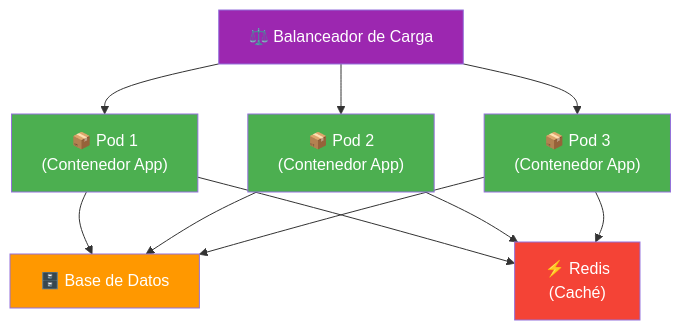
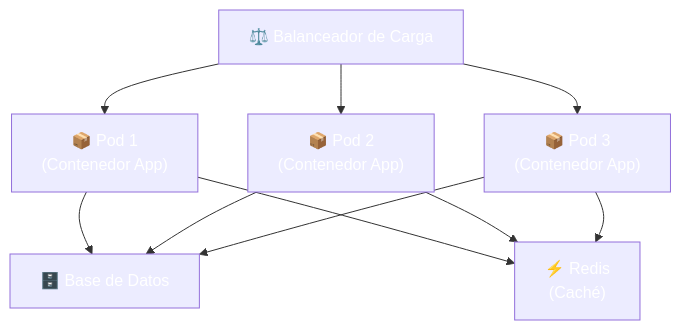
The fifth of 7 diagrams in 09-despliegue.md (joseluisgs/DesarrolloWebEntornosServidor-01-2026-2027), drawn with Mermaid before and after one commit. The commit also changed other lines of this file and 66 other files, not shown here.

First line of the commit message:
fix: normalizar titulos al castellano de frase y corregir la paleta de mermaid

````diff
--- a/09-despliegue.md
+++ b/09-despliegue.md
@@ -280,19 +280,19 @@
 ```mermaid
 graph TD
     LB["⚖️ Balanceador de Carga"] --> P1["📦 Pod 1<br/>(Contenedor App)"]
     LB --> P2["📦 Pod 2<br/>(Contenedor App)"]
     LB --> P3["📦 Pod 3<br/>(Contenedor App)"]
     P1 --> DB["🗄️ Base de Datos"]
     P2 --> DB
     P3 --> DB
     P1 --> C["⚡ Redis<br/>(Caché)"]
     P2 --> C
     P3 --> C
 
-    style LB fill:#9C27B0,color:#fff
-    style P1 fill:#4CAF50,color:#fff
-    style P2 fill:#4CAF50,color:#fff
-    style P3 fill:#4CAF50,color:#fff
-    style DB fill:#FF9800,color:#fff
-    style C fill:#f44336,color:#fff
+    style LB fill:#9C27B,color:#fff0,color:#fff
+    style P1 fill:#4CAF5,color:#fff0,color:#fff
+    style P2 fill:#4CAF5,color:#fff0,color:#fff
+    style P3 fill:#4CAF5,color:#fff0,color:#fff
+    style DB fill:#FF980,color:#fff0,color:#fff
+    style C fill:#f4433,color:#fff6,color:#fff
 ```
````
